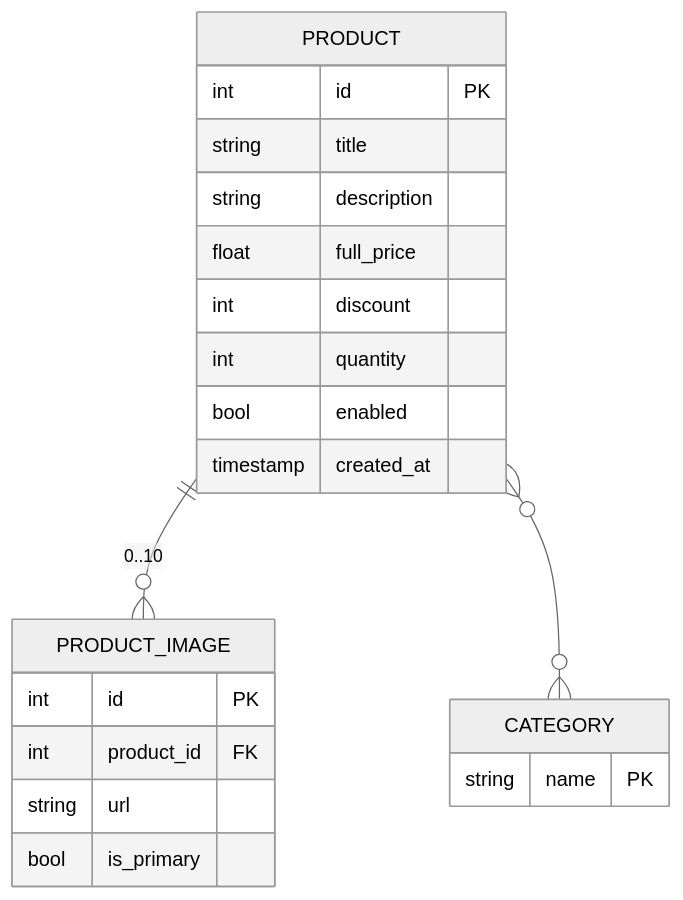
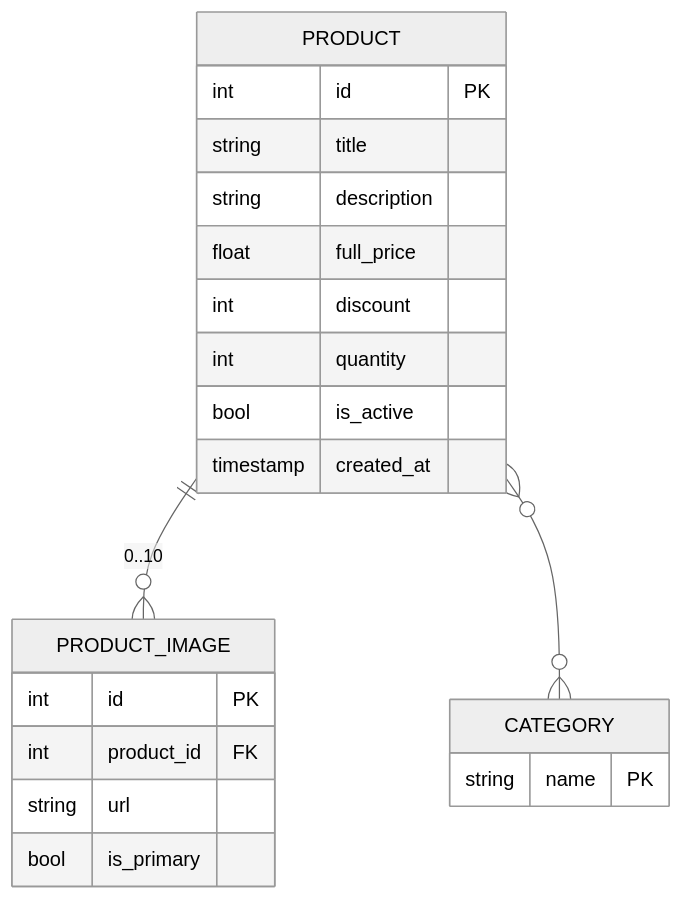
The diagram in er.md (ivan-22-3-5/e-commerce), drawn with Mermaid (neutral theme) before and after one commit. The commit also changed 3 other files, not shown here.

Commit message:
refactor(backend): rename product attr from enabled to is_active

````diff
--- a/er.md
+++ b/er.md
@@ -1,27 +1,27 @@
 ```mermaid
 erDiagram
     PRODUCT {
         int id PK
         string title
         string description
         float full_price
         int discount
         int quantity
-        bool enabled
+        bool is_active
         timestamp created_at
     }
 
     PRODUCT_IMAGE {
         int id PK
         int product_id FK
         string url
         bool is_primary
     }
     
     CATEGORY {
         string name PK
     }
 
     PRODUCT ||--o{ PRODUCT_IMAGE: "0..10"
     PRODUCT }o--o{ CATEGORY: ""
 ```
````
